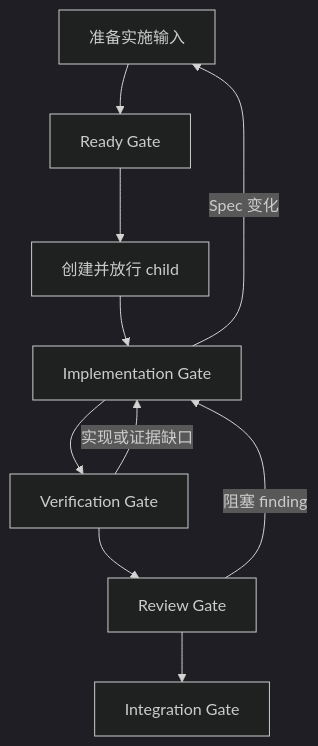
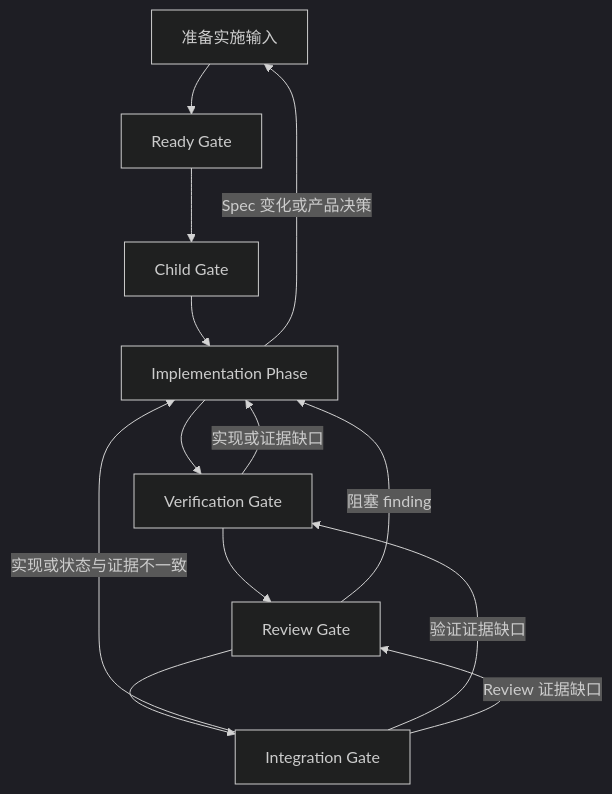
Before and after one commit to hanjeahwan/chatgpt-pro: the diagram in WORKFLOW.md, drawn with Mermaid (dark theme). The commit also changed other lines of this file and 16 other files, not shown here.

````diff
--- a/WORKFLOW.md
+++ b/WORKFLOW.md
@@ -5,12 +5,15 @@
 ```mermaid
 flowchart TD
     A["准备实施输入"] --> B["Ready Gate"]
-    B --> C["创建并放行 child"]
-    C --> D["Implementation Gate"]
+    B --> C["Child Gate"]
+    C --> D["Implementation Phase"]
     D --> E["Verification Gate"]
     E --> F["Review Gate"]
     F --> G["Integration Gate"]
-    D -- "Spec 变化" --> A
+    D -- "Spec 变化或产品决策" --> A
     E -- "实现或证据缺口" --> D
     F -- "阻塞 finding" --> D
+    G -- "实现或状态与证据不一致" --> D
+    G -- "验证证据缺口" --> E
+    G -- "Review 证据缺口" --> F
 ```
````
